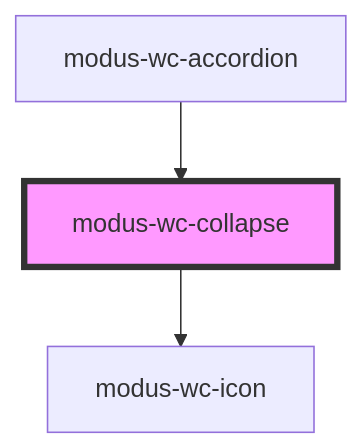
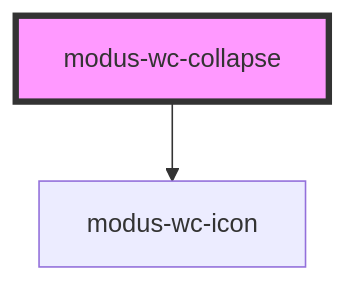
Before and after one commit to trimble-oss/modus-wc-2.0: the diagram in src/components/molecules/modus-wc-collapse/readme.md, drawn with Mermaid. The commit also changed other lines of this file and 11 other files, not shown here.

Commit message:
feat: update collapse and accordion to render custom HTML

````diff
--- a/src/components/molecules/modus-wc-collapse/readme.md
+++ b/src/components/molecules/modus-wc-collapse/readme.md
@@ -48,6 +42,5 @@
 ```mermaid
 graph TD;
   modus-wc-collapse --> modus-wc-icon
-  modus-wc-accordion --> modus-wc-collapse
   style modus-wc-collapse fill:#f9f,stroke:#333,stroke-width:4px
 ```
````
